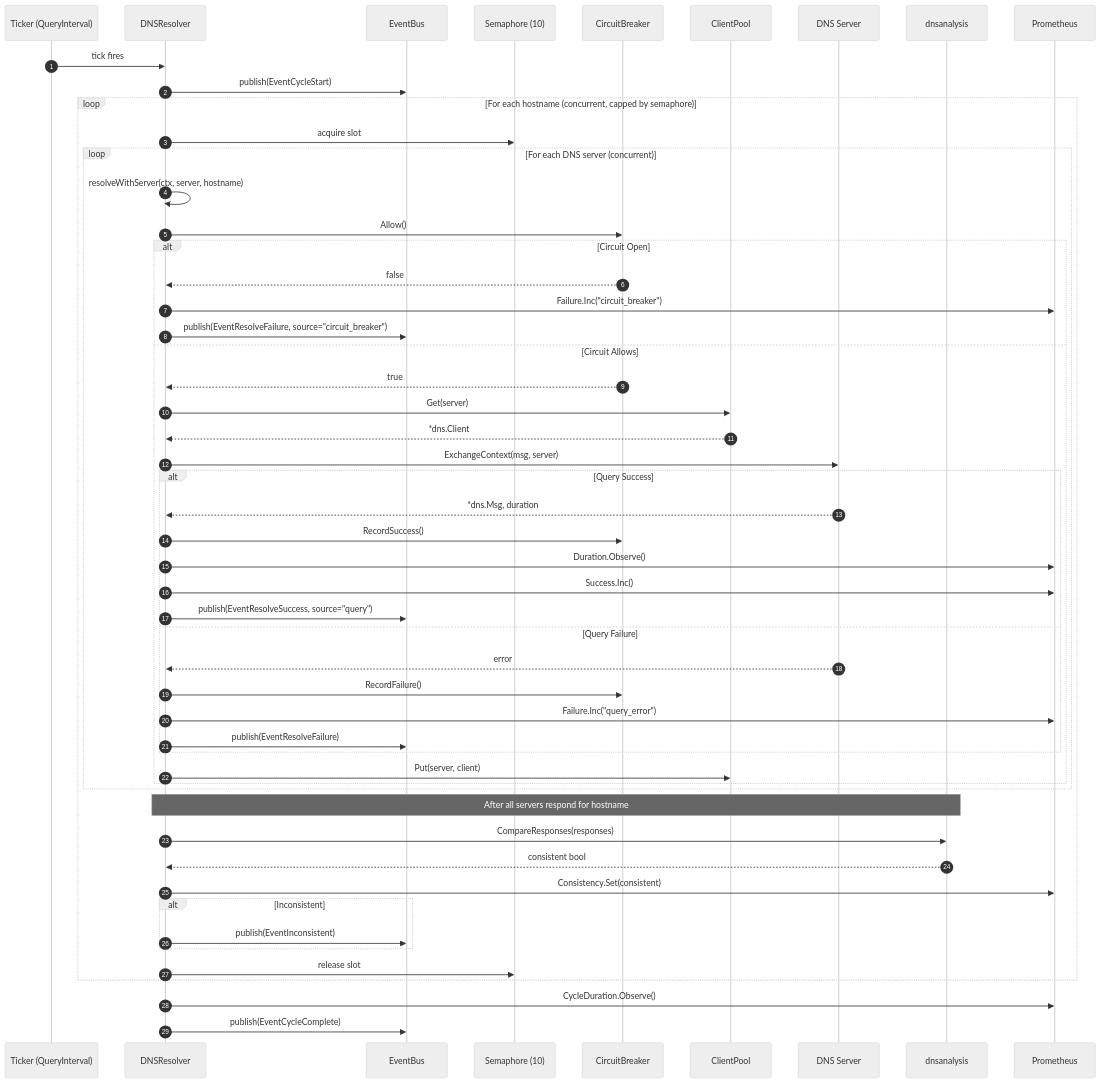
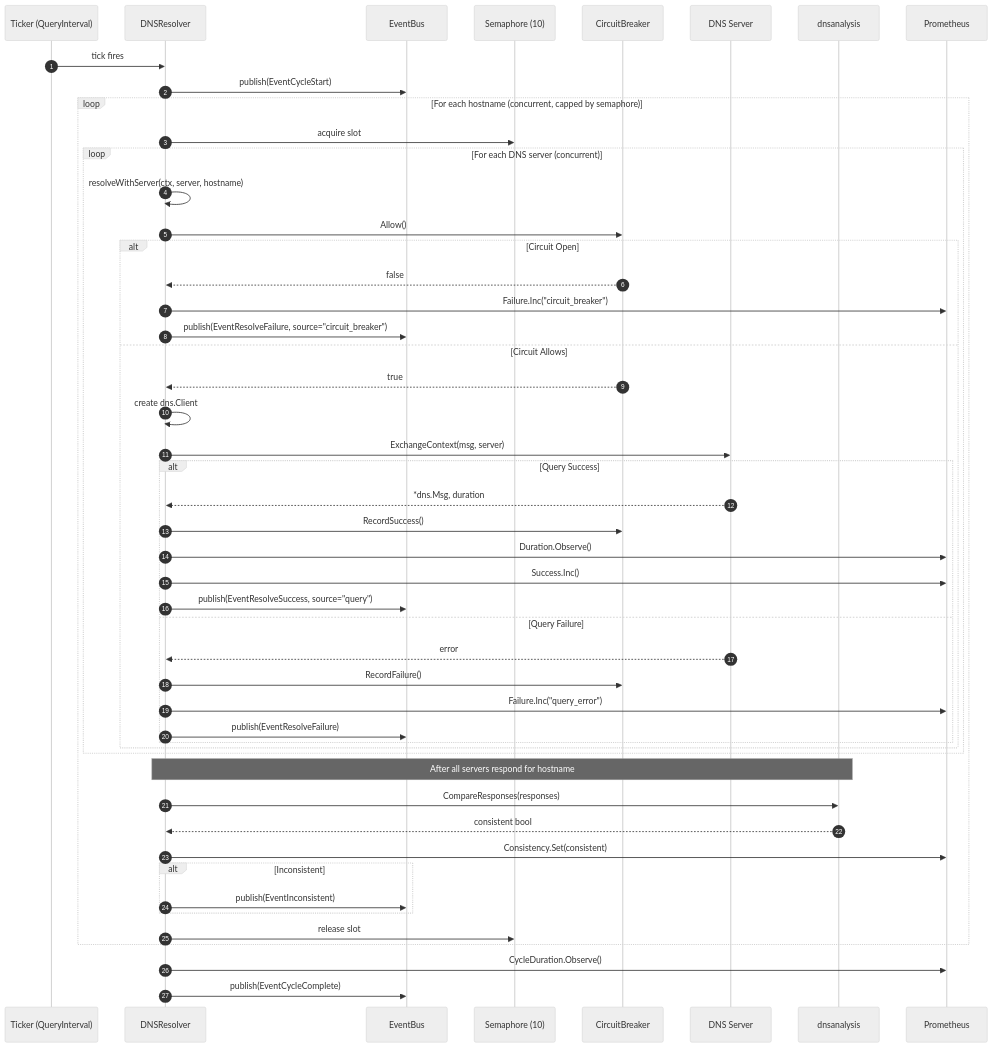
One commit to mikesale/dnsres changed the third of 6 diagrams in PROJECT_MAP.md. Above: the diagram before and after it, drawn with Mermaid (neutral theme). The commit also changed other lines of this file and 11 other files, not shown here.

````diff
--- a/PROJECT_MAP.md
+++ b/PROJECT_MAP.md
@@ -251,67 +249,65 @@
 ```mermaid
 sequenceDiagram
     autonumber
     participant Ticker as Ticker (QueryInterval)
     participant Resolver as DNSResolver
     participant Events as EventBus
     participant Sem as Semaphore (10)
     participant CB as CircuitBreaker
-    participant Pool as ClientPool
     participant DNS as DNS Server
     participant Analysis as dnsanalysis
     participant Metrics as Prometheus
 
     Ticker->>Resolver: tick fires
     Resolver->>Events: publish(EventCycleStart)
     
     loop For each hostname (concurrent, capped by semaphore)
         Resolver->>Sem: acquire slot
         
         loop For each DNS server (concurrent)
             Resolver->>Resolver: resolveWithServer(ctx, server, hostname)
             
             Resolver->>CB: Allow()
             
             alt Circuit Open
                 CB-->>Resolver: false
                 Resolver->>Metrics: Failure.Inc("circuit_breaker")
                 Resolver->>Events: publish(EventResolveFailure, source="circuit_breaker")
             else Circuit Allows
                 CB-->>Resolver: true
-                Resolver->>Pool: Get(server)
-                Pool-->>Resolver: *dns.Client
+                Resolver->>Resolver: create dns.Client
                 
                 Resolver->>DNS: ExchangeContext(msg, server)
                 
                 alt Query Success
                     DNS-->>Resolver: *dns.Msg, duration
                     Resolver->>CB: RecordSuccess()
                     Resolver->>Metrics: Duration.Observe()
                     Resolver->>Metrics: Success.Inc()
                     Resolver->>Events: publish(EventResolveSuccess, source="query")
                 else Query Failure
                     DNS-->>Resolver: error
                     Resolver->>CB: RecordFailure()
                     Resolver->>Metrics: Failure.Inc("query_error")
                     Resolver->>Events: publish(EventResolveFailure)
                 end
                 
-                Resolver->>Pool: Put(server, client)
+
             end
         end
         
         Note over Resolver,Analysis: After all servers respond for hostname
         Resolver->>Analysis: CompareResponses(responses)
         Analysis-->>Resolver: consistent bool
         Resolver->>Metrics: Consistency.Set(consistent)
         
         alt Inconsistent
             Resolver->>Events: publish(EventInconsistent)
         end
         
         Resolver->>Sem: release slot
     end
     
     Resolver->>Metrics: CycleDuration.Observe()
     Resolver->>Events: publish(EventCycleComplete)
 ```
````
